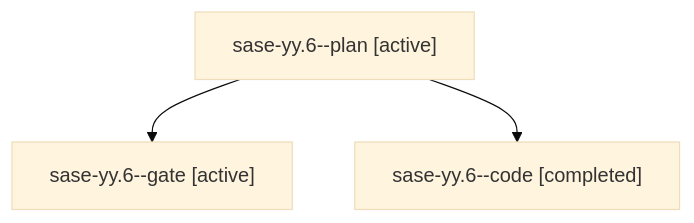
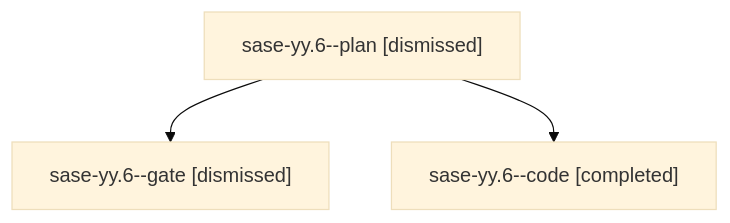
The diagram in sessions/bbugyi200.athena.sase-yy.6.md (sase-org/sase--agents), drawn with Mermaid (base theme) before and after one commit. The commit also changed other lines of this file and 208 other files, not shown here.

````diff
--- a/sessions/bbugyi200.athena.sase-yy.6.md
+++ b/sessions/bbugyi200.athena.sase-yy.6.md
@@ -9,8 +9,8 @@
 ```mermaid
 flowchart TD
-  n0["sase-yy.6--plan [active]"]
-  n1["sase-yy.6--gate [active]"]
+  n0["sase-yy.6--plan [dismissed]"]
+  n1["sase-yy.6--gate [dismissed]"]
   n0 --> n1
   n2["sase-yy.6--code [completed]"]
   n0 --> n2
 ```
````
